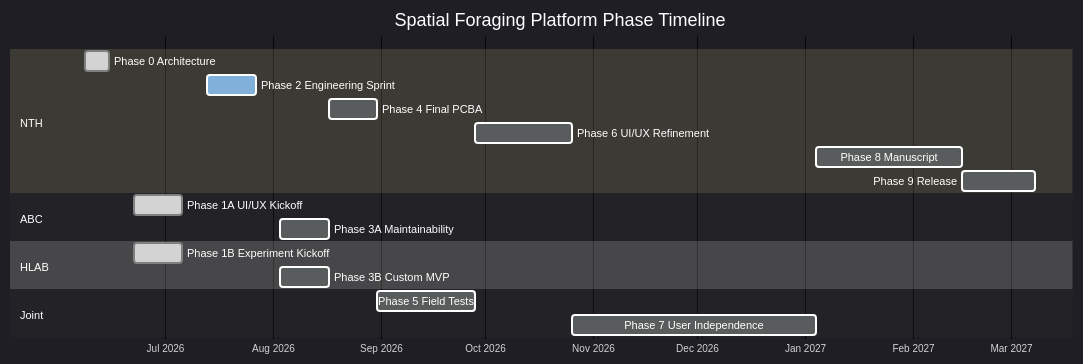
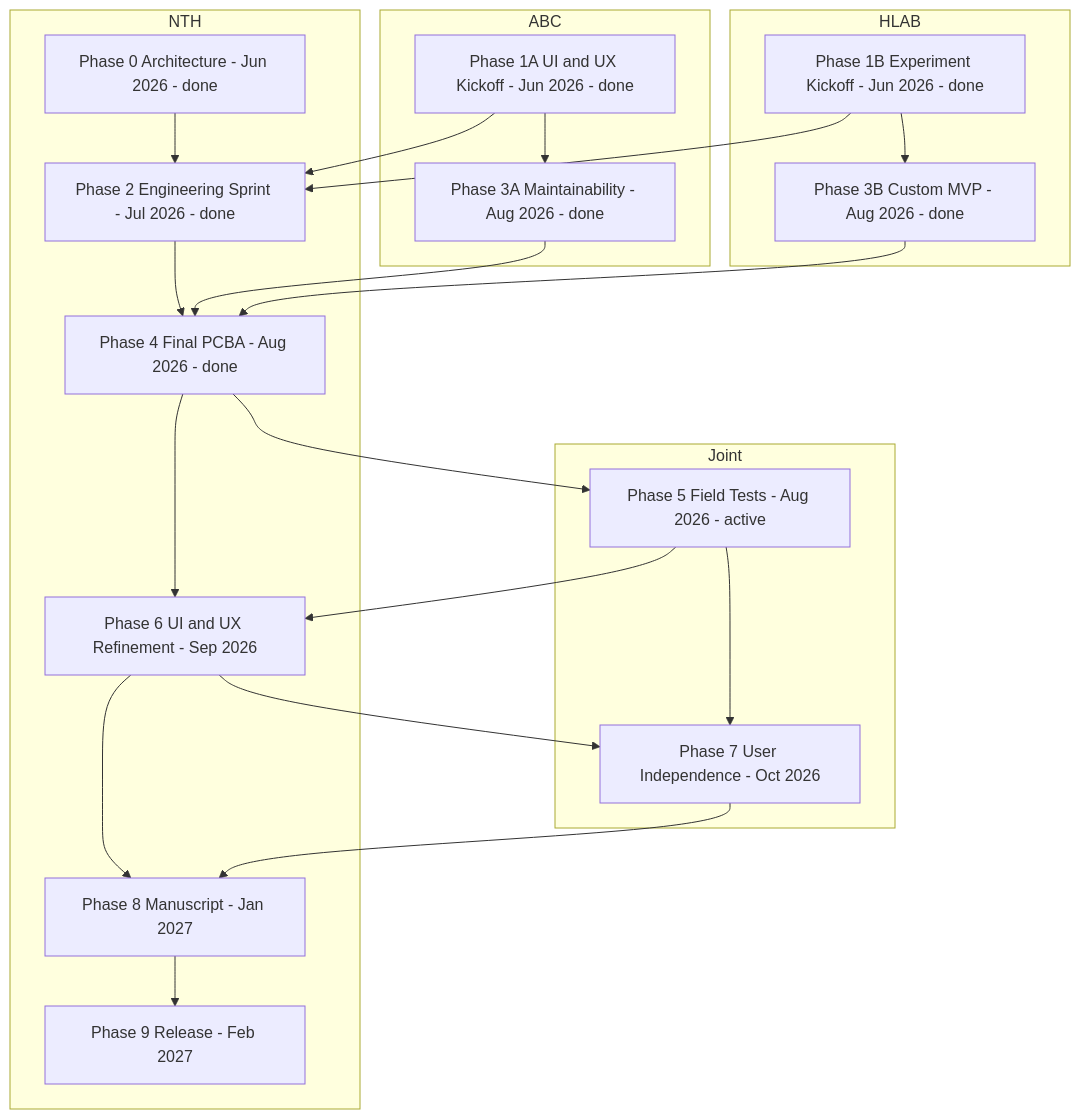
One commit to Neurotech-Hub/SpatialForagingPlatform-ProjectManager changed the diagram in PROJECT.md. Above: the diagram before and after it, drawn with Mermaid. The commit also changed other lines of this file and 9 other files, not shown here.

````diff
--- a/PROJECT.md
+++ b/PROJECT.md
@@ -42,27 +42,39 @@
 ```mermaid
-%%{init: {'theme': 'dark', 'themeVariables': {'textColor': '#ffffff', 'titleColor': '#ffffff', 'taskTextColor': '#ffffff', 'taskTextLightColor': '#ffffff', 'taskTextDarkColor': '#ffffff', 'taskTextOutsideColor': '#ffffff'}} }%%
-gantt
-  title Spatial Foraging Platform Phase Timeline
-  dateFormat YYYY-MM-DD
-  axisFormat %b %Y
+flowchart TB
+  subgraph nth [NTH]
+    p0["Phase 0 Architecture - Jun 2026 - done"]
+    p2["Phase 2 Engineering Sprint - Jul 2026 - done"]
+    p4["Phase 4 Final PCBA - Aug 2026 - done"]
+    p6["Phase 6 UI and UX Refinement - Sep 2026"]
+    p8["Phase 8 Manuscript - Jan 2027"]
+    p9["Phase 9 Release - Feb 2027"]
+    p0 --> p2 --> p4 --> p6 --> p8 --> p9
+  end
 
-  section NTH
-  Phase 0 Architecture        :done, p0, 2026-06-08, 7d
-  Phase 2 Engineering Sprint  :active, p2, 2026-07-13, 14d
-  Phase 4 Final PCBA          :p4, 2026-08-17, 14d
-  Phase 6 UI/UX Refinement    :p6, 2026-09-28, 28d
-  Phase 8 Manuscript          :p8, 2027-01-04, 42d
-  Phase 9 Release             :p9, 2027-02-15, 21d
+  subgraph abc [ABC]
+    p1a["Phase 1A UI and UX Kickoff - Jun 2026 - done"]
+    p3a["Phase 3A Maintainability - Aug 2026 - done"]
+    p1a --> p3a
+  end
 
-  section ABC
-  Phase 1A UI/UX Kickoff      :done, p1a, 2026-06-22, 14d
-  Phase 3A Maintainability    :p3a, 2026-08-03, 14d
+  subgraph hlab [HLAB]
+    p1b["Phase 1B Experiment Kickoff - Jun 2026 - done"]
+    p3b["Phase 3B Custom MVP - Aug 2026 - done"]
+    p1b --> p3b
+  end
 
-  section HLAB
-  Phase 1B Experiment Kickoff :done, p1b, 2026-06-22, 14d
-  Phase 3B Custom MVP         :p3b, 2026-08-03, 14d
+  subgraph joint [Joint]
+    p5["Phase 5 Field Tests - Aug 2026 - active"]
+    p7["Phase 7 User Independence - Oct 2026"]
+    p5 --> p7
+  end
 
-  section Joint
-  Phase 5 Field Tests         :p5, 2026-08-31, 28d
-  Phase 7 User Independence   :p7, 2026-10-26, 70d
+  p1a --> p2
+  p1b --> p2
+  p3a --> p4
+  p3b --> p4
+  p4 --> p5
+  p5 --> p6
+  p6 --> p7
+  p7 --> p8
 ```
````
